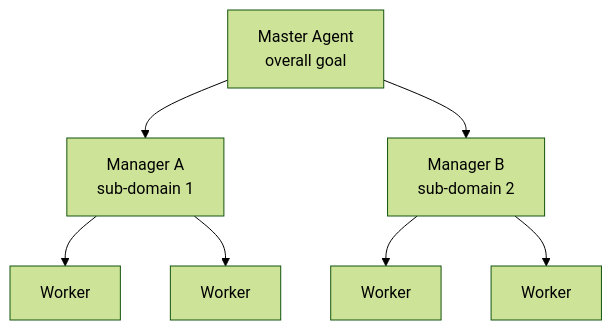
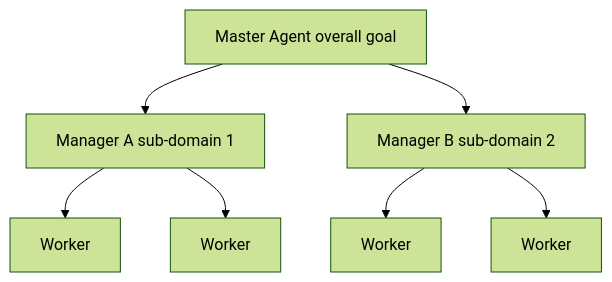
One commit to mjac-yue/ai-architecture-for-pms changed the sixth of 6 diagrams in module-09-multi-agent-architecture.md. Above: the diagram before and after it, drawn with Mermaid (forest theme). The commit also changed other lines of this file and 15 other files, not shown here.

First line of the commit message:
Remove HTML tags from Mermaid node labels for Obsidian compatibility

````diff
--- a/module-09-multi-agent-architecture.md
+++ b/module-09-multi-agent-architecture.md
@@ -171,17 +171,17 @@
 ```mermaid
 flowchart TD
-    M["Master Agent<br>overall goal"]
-    M1["Manager A<br>sub-domain 1"]
-    M2["Manager B<br>sub-domain 2"]
+    M["Master Agent overall goal"]
+    M1["Manager A sub-domain 1"]
+    M2["Manager B sub-domain 2"]
     W1["Worker"]
     W2["Worker"]
     W3["Worker"]
     W4["Worker"]
 
     M --> M1
     M --> M2
     M1 --> W1
     M1 --> W2
     M2 --> W3
     M2 --> W4
 ```
````
